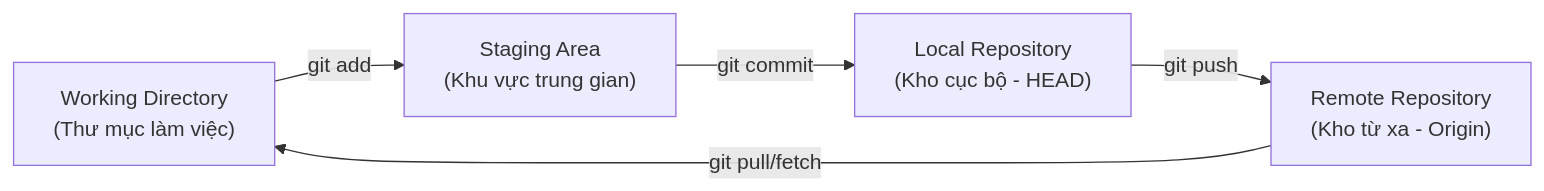
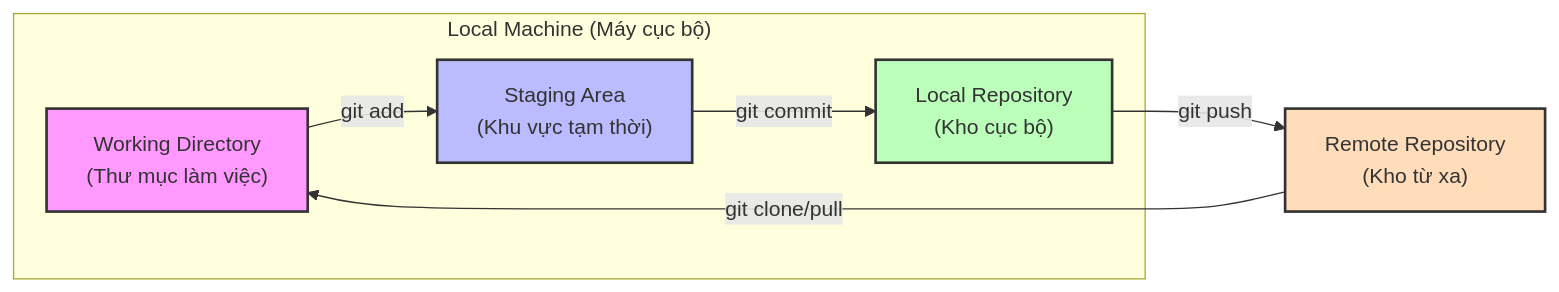
One commit to NghiaDPTWork/cs-fundamentals changed the first of 2 diagrams in git/git_basic.md. Above: the diagram before and after it, drawn with Mermaid. The commit also changed other lines of this file, not shown here.

Commit message:
docs: initialize git fundamentals documentation

````diff
--- a/git/git_basic.md
+++ b/git/git_basic.md
@@ -49,7 +51,13 @@
 ```mermaid
 graph LR
-    A["Working Directory<br/>(Thư mục làm việc)"] -- "git add" --> B["Staging Area<br/>(Khu vực trung gian)"]
-    B -- "git commit" --> C["Local Repository<br/>(Kho cục bộ - HEAD)"]
-    C -- "git push" --> D["Remote Repository<br/>(Kho từ xa - Origin)"]
-    D -- "git pull/fetch" --> A
+    subgraph "Local Machine (Máy cục bộ)"
+        A["Working Directory<br/>(Thư mục làm việc)"] -- "git add" --> B["Staging Area<br/>(Khu vực tạm thời)"]
+        B -- "git commit" --> C["Local Repository<br/>(Kho cục bộ)"]
+    end
+    C -- "git push" --> D["Remote Repository<br/>(Kho từ xa)"]
+    D -- "git clone/pull" --> A
+    style A fill:#f9f,stroke:#333,stroke-width:2px
+    style B fill:#bbf,stroke:#333,stroke-width:2px
+    style C fill:#bfb,stroke:#333,stroke-width:2px
+    style D fill:#fdb,stroke:#333,stroke-width:2px
 ```
````
